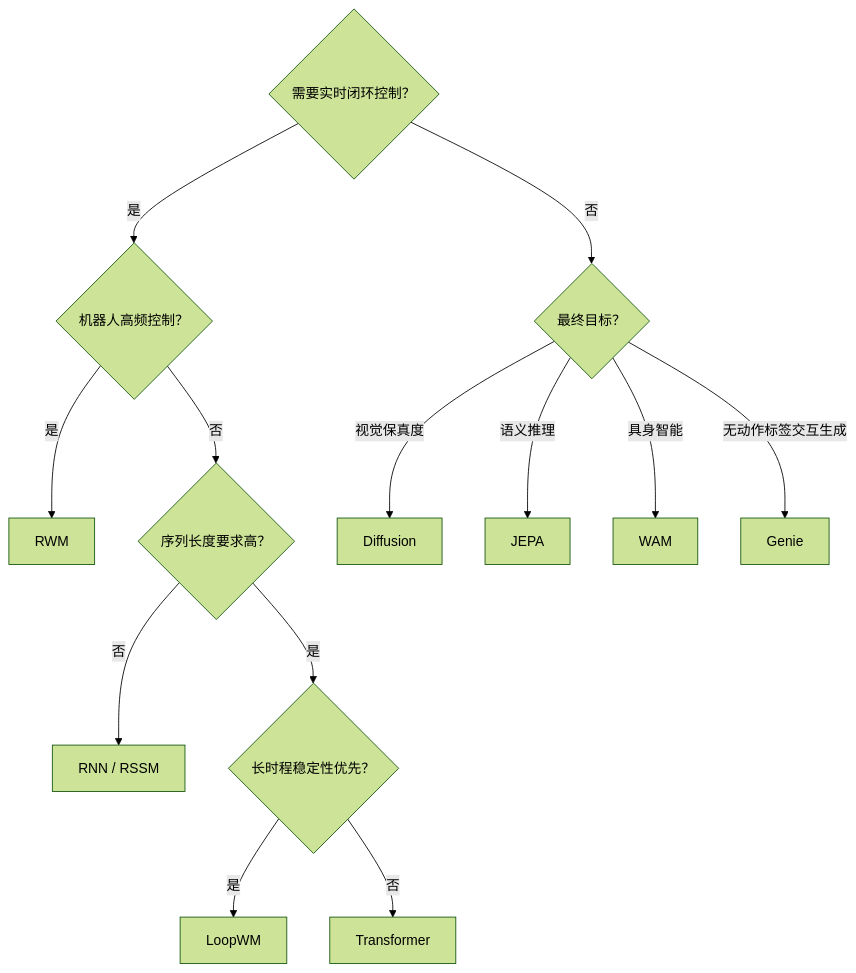
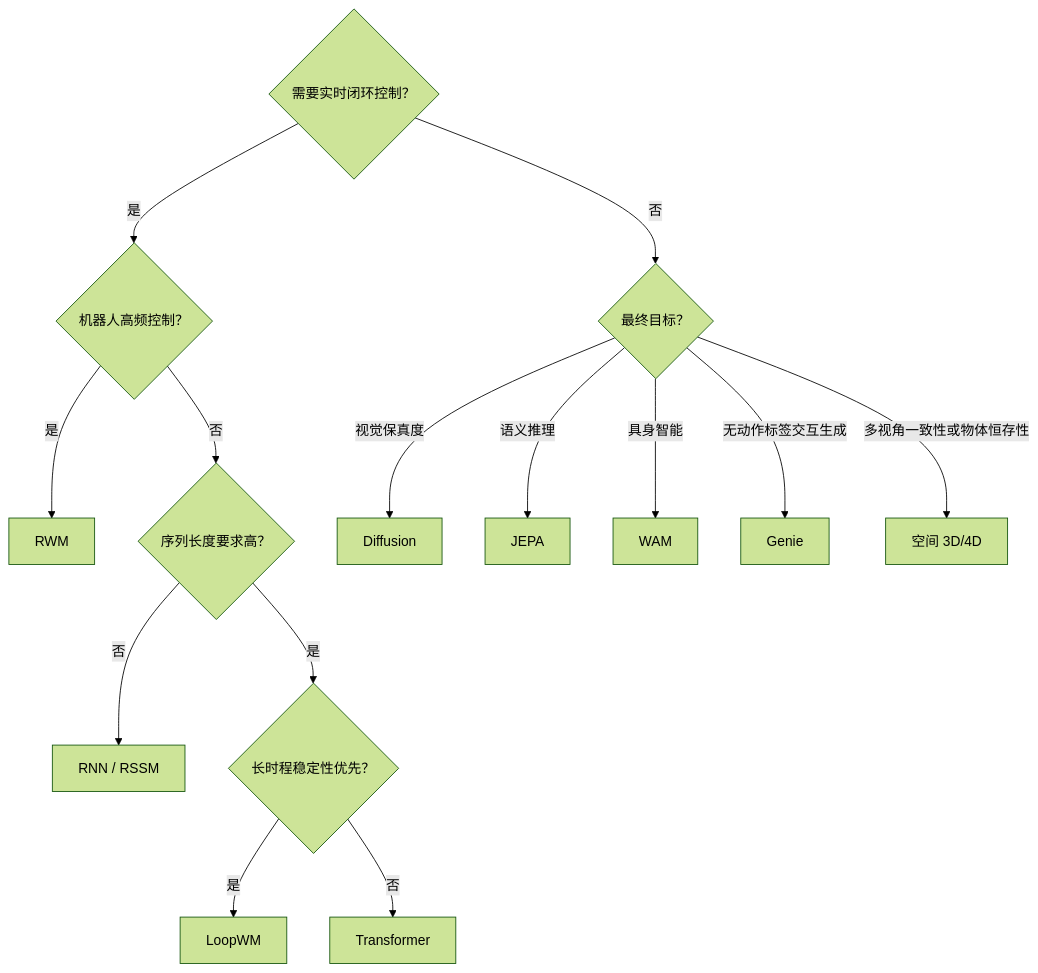
The diagram in docs/zh/lectures/lecture-03-architecture-patterns/04-architectures-loopwm-wam.md (datawhalechina/learn-world-model), drawn with Mermaid (forest theme) before and after one commit. The commit also changed other lines of this file and 17 other files, not shown here.

````diff
--- a/docs/zh/lectures/lecture-03-architecture-patterns/04-architectures-loopwm-wam.md
+++ b/docs/zh/lectures/lecture-03-architecture-patterns/04-architectures-loopwm-wam.md
@@ -69,16 +70,17 @@
 ```mermaid
 flowchart TD
     Q1{需要实时闭环控制？}
     Q1 -->|是| Q2{机器人高频控制？}
     Q1 -->|否| Q3{最终目标？}
     Q2 -->|是| R1[RWM]
     Q2 -->|否| Q4{序列长度要求高？}
     Q4 -->|否| R2[RNN / RSSM]
     Q4 -->|是| Q5{长时程稳定性优先？}
     Q5 -->|是| R3[LoopWM]
     Q5 -->|否| R4[Transformer]
     Q3 -->|视觉保真度| R5[Diffusion]
     Q3 -->|语义推理| R6[JEPA]
     Q3 -->|具身智能| R7[WAM]
     Q3 -->|无动作标签交互生成| R8[Genie]
+    Q3 -->|多视角一致性或物体恒存性| R9[空间 3D/4D]
 ```
````
